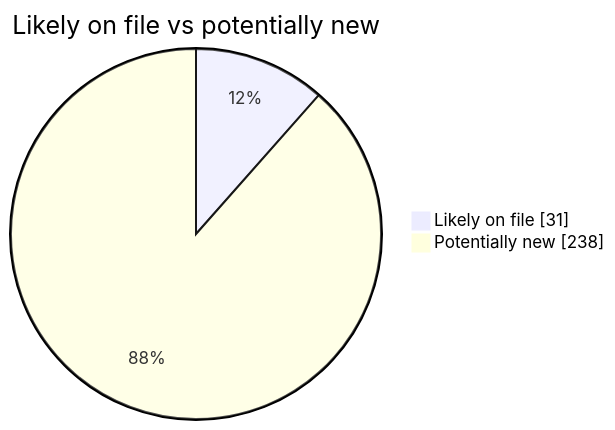
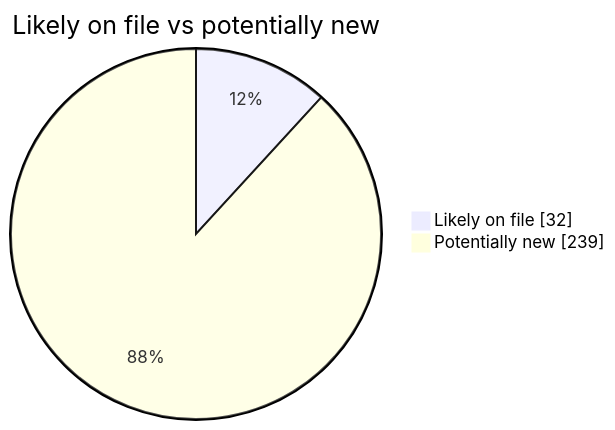
One commit to martinbalfanz/social-scanner-reports changed the second of 4 diagrams in README.md. Above: the diagram before and after it, drawn with Mermaid. The commit also changed other lines of this file and 2 other files, not shown here.

````diff
--- a/README.md
+++ b/README.md
@@ -40,5 +40,5 @@
 ```mermaid
 pie showData title Likely on file vs potentially new
-    "Likely on file" : 31
-    "Potentially new" : 238
+    "Likely on file" : 32
+    "Potentially new" : 239
 ```
````
